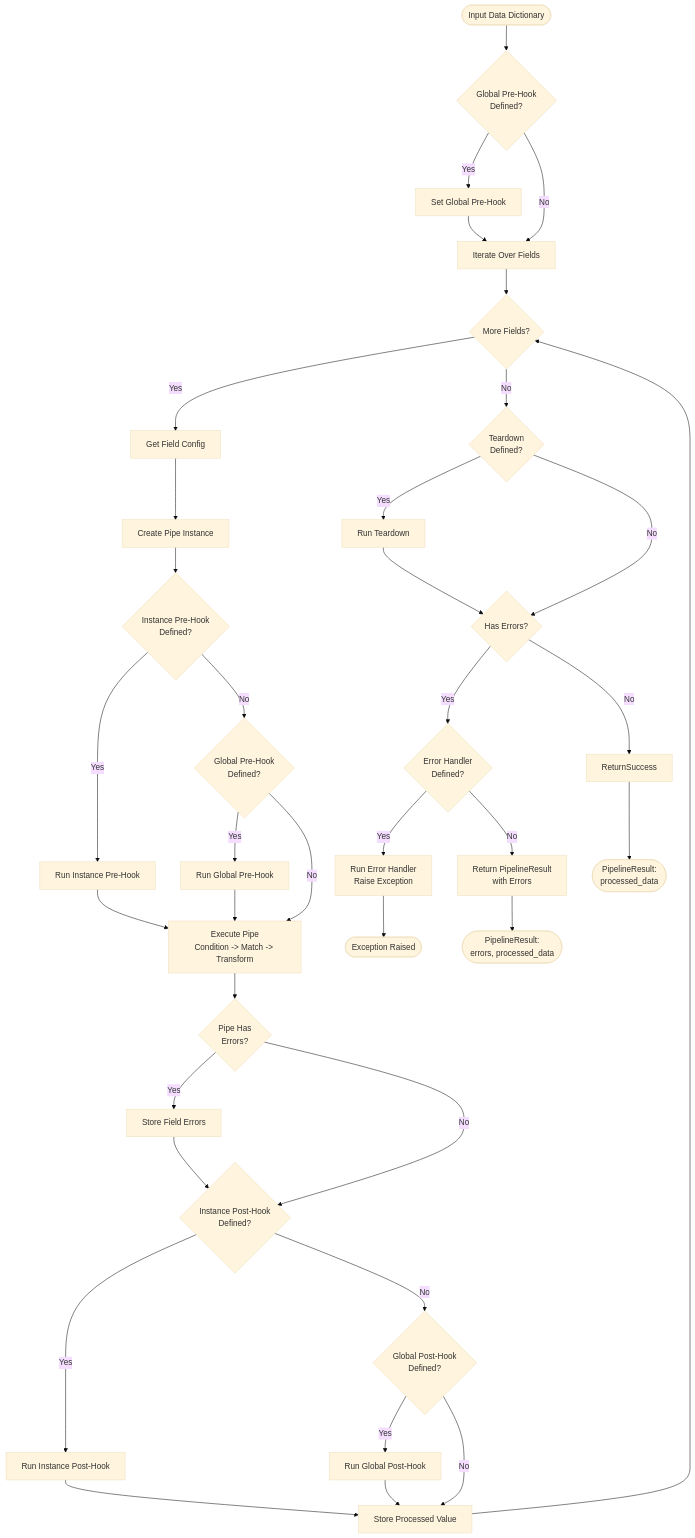
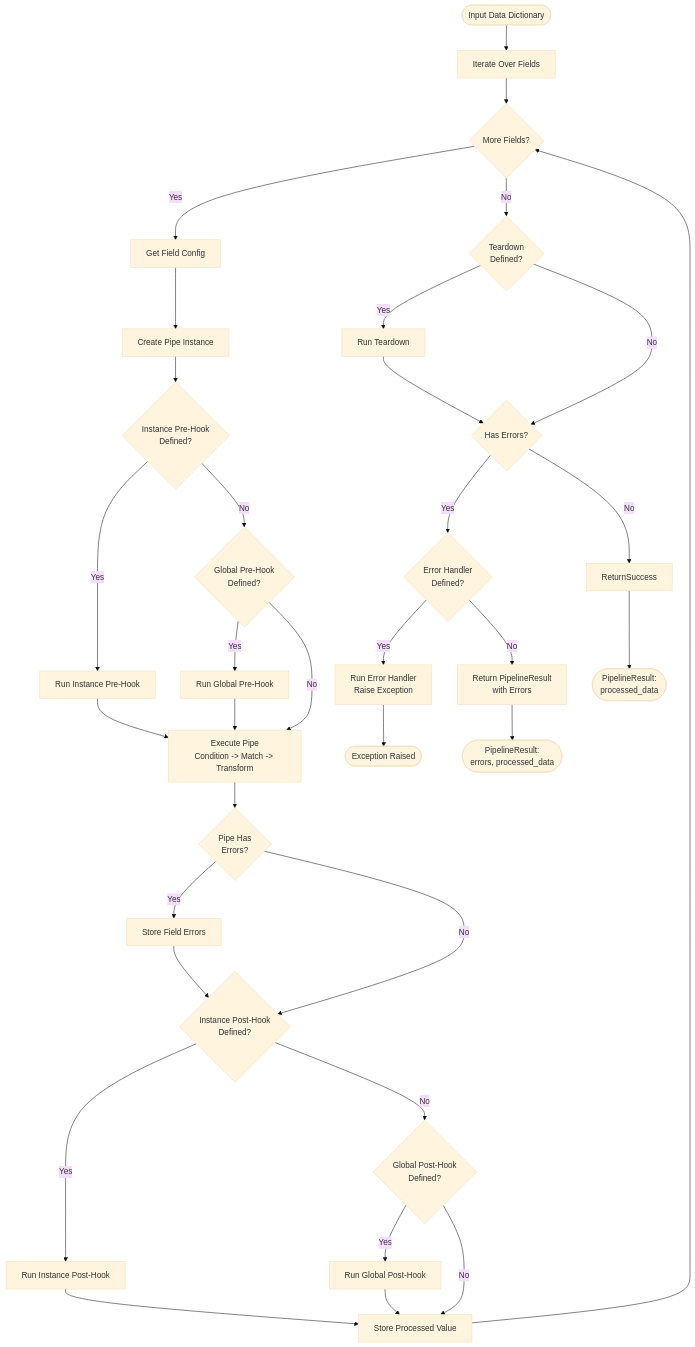
Before and after one commit to Krywok/krywok-pipeline: the second of 2 diagrams in docs/index.md, drawn with Mermaid (base theme).

Commit message:
docs(index): remove global pre hook from flow start

````diff
--- a/docs/index.md
+++ b/docs/index.md
@@ -125,54 +125,51 @@
 ```mermaid
 flowchart TD
-    Start([Input Data Dictionary]) --> GlobalPreHook{Global Pre-Hook<br/>Defined?}
-    GlobalPreHook -->|Yes| SetGlobalPreHook[Set Global Pre-Hook]
-    GlobalPreHook -->|No| IterateFields
-    SetGlobalPreHook --> IterateFields
+    Start([Input Data Dictionary]) --> IterateFields
 
     IterateFields[Iterate Over Fields] --> NextField{More Fields?}
 
     NextField -->|Yes| GetField[Get Field Config]
     NextField -->|No| TeardownDefined{Teardown<br/>Defined?}
 
     GetField --> CreatePipe[Create Pipe Instance]
     CreatePipe --> InstancePreHook{Instance Pre-Hook<br/>Defined?}
 
     InstancePreHook -->|Yes| RunInstancePre[Run Instance Pre-Hook]
     InstancePreHook -->|No| CheckGlobalPre{Global Pre-Hook<br/>Defined?}
 
     CheckGlobalPre -->|Yes| RunGlobalPre[Run Global Pre-Hook]
     CheckGlobalPre -->|No| RunPipe
     RunInstancePre --> RunPipe
     RunGlobalPre --> RunPipe
 
     RunPipe[Execute Pipe<br/>Condition -> Match -> Transform] --> PipeErrors{Pipe Has<br/>Errors?}
 
     PipeErrors -->|Yes| StoreErrors[Store Field Errors]
     PipeErrors -->|No| InstancePostHook
 
     StoreErrors --> InstancePostHook{Instance Post-Hook<br/>Defined?}
 
     InstancePostHook -->|Yes| RunInstancePost[Run Instance Post-Hook]
     InstancePostHook -->|No| CheckGlobalPost{Global Post-Hook<br/>Defined?}
 
     CheckGlobalPost -->|Yes| RunGlobalPost[Run Global Post-Hook]
     CheckGlobalPost -->|No| StoreProcessed
     RunInstancePost --> StoreProcessed
     RunGlobalPost --> StoreProcessed
 
     StoreProcessed[Store Processed Value] --> NextField
 
     TeardownDefined -->|Yes| RunTeardown[Run Teardown]
     TeardownDefined -->|No| CheckErrors
     RunTeardown --> CheckErrors
 
     CheckErrors{Has Errors?} -->|Yes| HandleErrors{Error Handler<br/>Defined?}
     CheckErrors -->|No| ReturnSuccess
 
     HandleErrors -->|Yes| RunErrorHandler[Run Error Handler<br/>Raise Exception]
     HandleErrors -->|No| ReturnErrors[Return PipelineResult<br/>with Errors]
 
     RunErrorHandler --> End1([Exception Raised])
     ReturnErrors --> End2([PipelineResult:<br/>errors, processed_data])
     ReturnSuccess --> End3([PipelineResult:<br/>processed_data])
 ```
````
